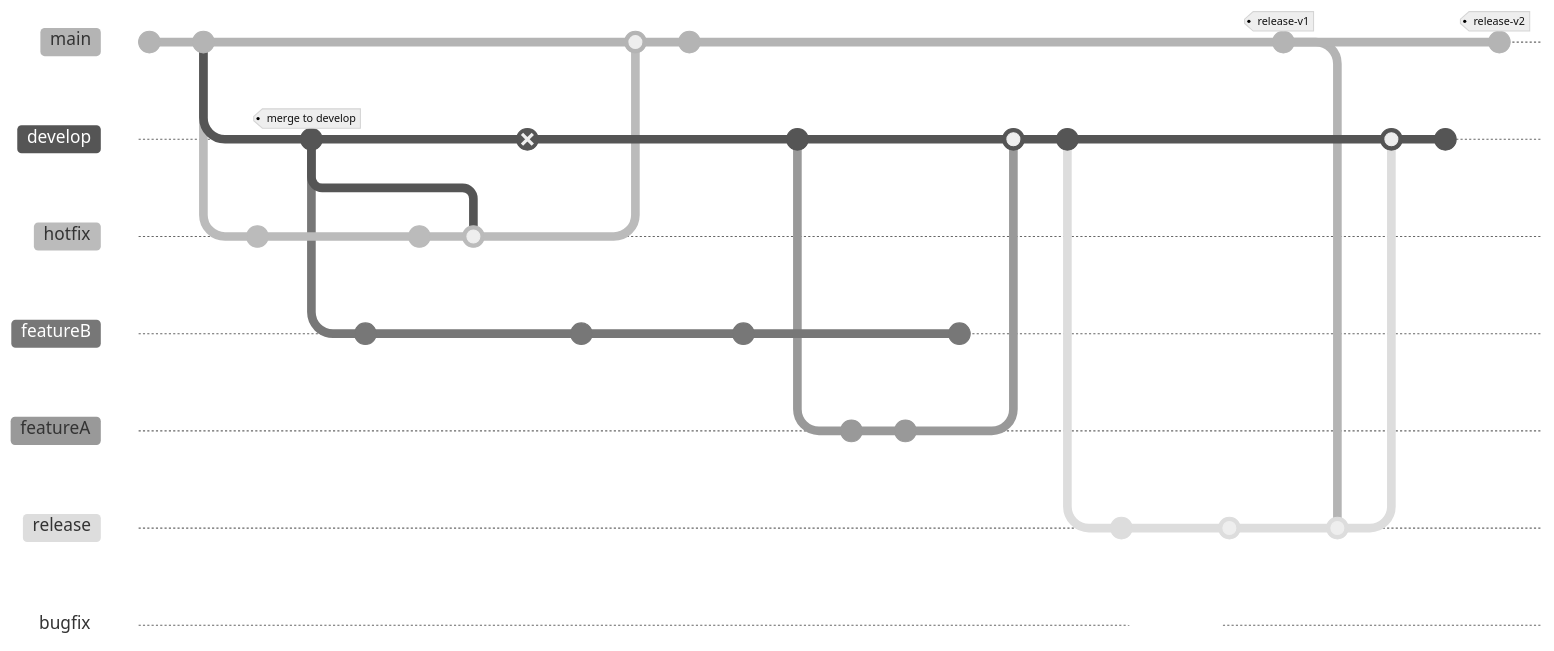
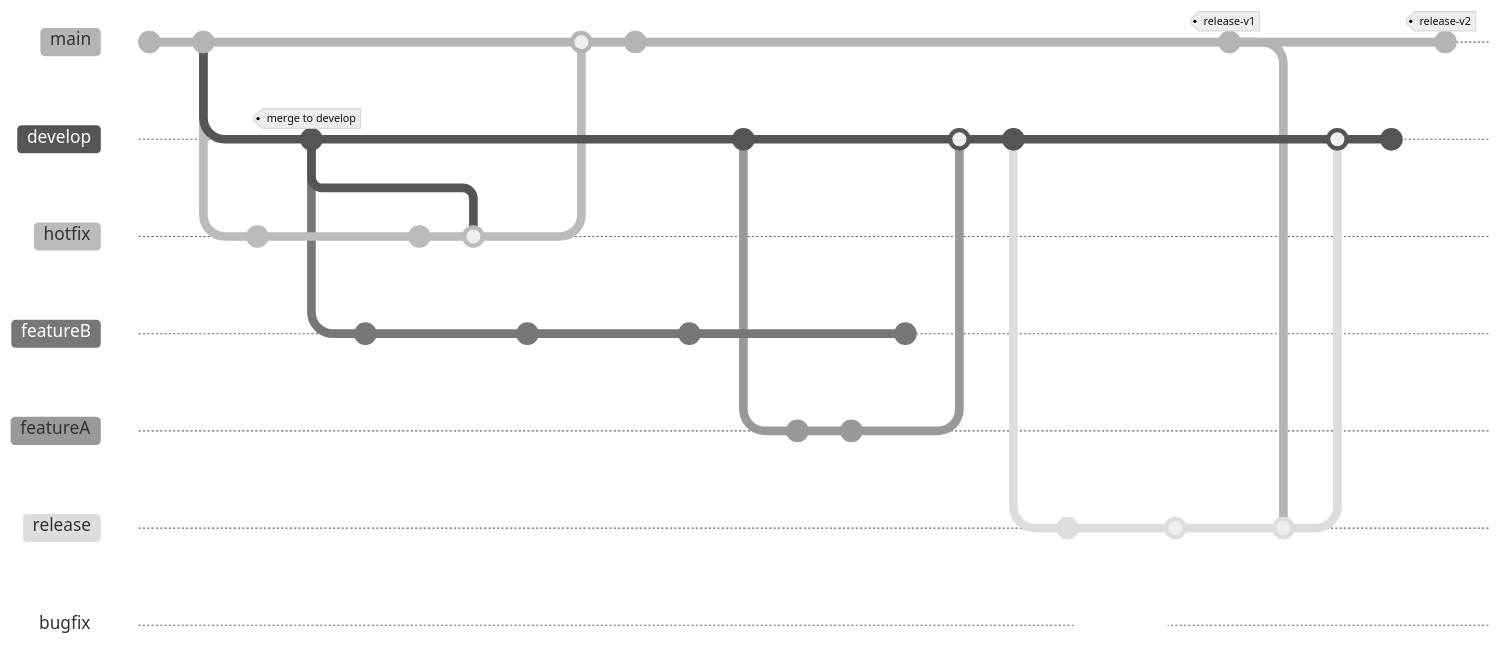
Before and after one commit to mevijays/training-k8s: the diagram in branch.md, drawn with Mermaid (neutral theme). Commit ids are hidden.

````diff
--- a/branch.md
+++ b/branch.md
@@ -2,57 +2,56 @@
  ```mermaid
        gitGraph
         commit id: "Start"
         commit id: "Branch from main"
         branch develop
         branch hotfix
         checkout hotfix
         commit id:"fix-A"
         checkout develop
-        commit id:"ash" tag:"merge to develop"
+        commit id:"merge to develop" tag:"merge to develop"
         branch featureB
         checkout featureB
         commit id:"JIRA-A"
         checkout main
         checkout hotfix
         commit type:NORMAL id:"fix-B"
         checkout hotfix
         merge develop
         checkout develop
-        commit type:REVERSE
         checkout featureB
         commit id:"JIRA-B"
         checkout main
         merge hotfix
         commit
         checkout featureB
-        commit
+        commit id:"JIRA-C"
         checkout develop
         commit
         branch featureA
-        commit
+        commit id:"JIRA-CRC"
         checkout featureA
-        commit
+        commit id:"JIRA-RCL"
         checkout featureB
-        commit
+        commit id:"JIRA-D"
         checkout develop
         merge featureA
         checkout develop
         commit id:"create release"
         branch release
         checkout release
         commit
         branch bugfix
         checkout bugfix
         commit
         checkout release
         merge bugfix
         checkout main
         commit id:"release-v1" tag:"release-v1"
         checkout release
         merge main
         checkout develop
         merge release
         commit
         checkout main
         commit id:"releasev2" tag:"release-v2"
  ```
````
